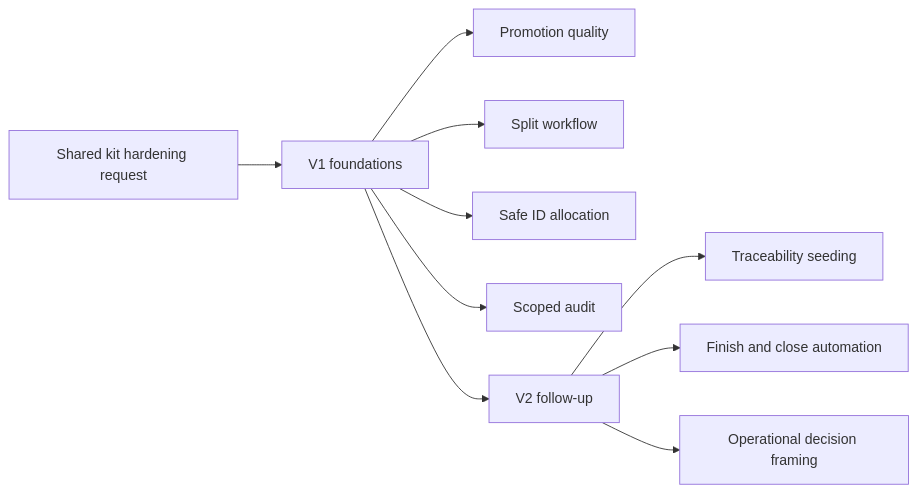
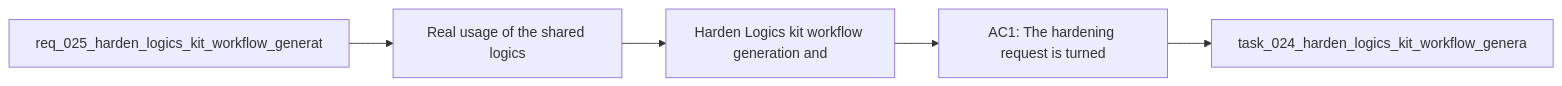
One commit to AlexAgo83/logics-manager changed the diagram in logics/backlog/item_030_harden_logics_kit_workflow_generation_and_governance_from_real_usage.md. Above: the diagram before and after it, drawn with Mermaid. The commit also changed other lines of this file and 481 other files, not shown here.

Commit message:
Normalize Logics docs and workflow indicators

````diff
--- a/logics/backlog/item_030_harden_logics_kit_workflow_generation_and_governance_from_real_usage.md
+++ b/logics/backlog/item_030_harden_logics_kit_workflow_generation_and_governance_from_real_usage.md
@@ -42,13 +42,9 @@
 ```mermaid
+%% logics-kind: backlog
 %% logics-signature: backlog|harden-logics-kit-workflow-generation-an|req-025-harden-logics-kit-workflow-gener|real-usage-of-the-shared-logics|ac1-the-hardening-request-is-turned
 flowchart LR
-    Req[Shared kit hardening request] --> V1[V1 foundations]
-    V1 --> Promote[Promotion quality]
-    V1 --> Split[Split workflow]
-    V1 --> Ids[Safe ID allocation]
-    V1 --> Audit[Scoped audit]
-    V1 --> V2[V2 follow-up]
-    V2 --> Trace[Traceability seeding]
-    V2 --> Finish[Finish and close automation]
-    V2 --> Framing[Operational decision framing]
+    Request[req_025_harden_logics_kit_workflow_generat] --> Problem[Real usage of the shared logics]
+    Problem --> Scope[Harden Logics kit workflow generation and]
+    Scope --> Acceptance[AC1: The hardening request is turned]
+    Acceptance --> Tasks[task_024_harden_logics_kit_workflow_genera]
 ```
````
